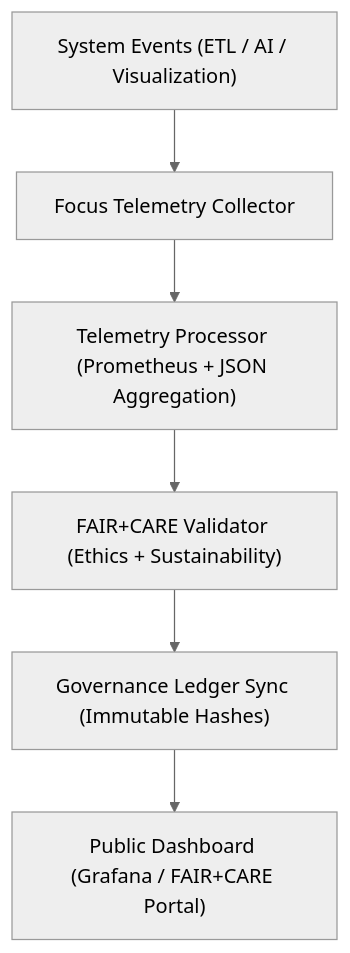
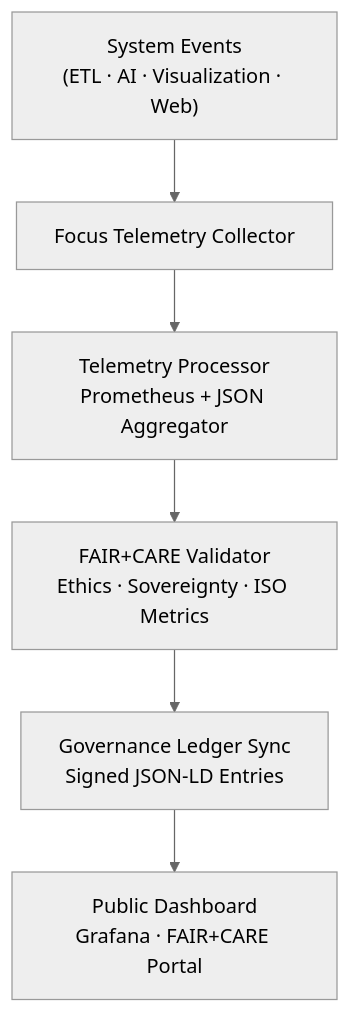
Before and after one commit to bartytime4life/Kansas-Frontier-Matrix: the first of 2 diagrams in docs/guides/telemetry/focus-telemetry-architecture.md, drawn with Mermaid (neutral theme). The commit also changed other lines of this file, not shown here.

First line of the commit message:
Update focus telemetry architecture document

````diff
--- a/docs/guides/telemetry/focus-telemetry-architecture.md
+++ b/docs/guides/telemetry/focus-telemetry-architecture.md
@@ -63,8 +77,8 @@
 ```mermaid
 flowchart TD
-A["System Events (ETL / AI / Visualization)"] --> B["Focus Telemetry Collector"]
-B --> C["Telemetry Processor (Prometheus + JSON Aggregation)"]
-C --> D["FAIR+CARE Validator (Ethics + Sustainability)"]
-D --> E["Governance Ledger Sync (Immutable Hashes)"]
-E --> F["Public Dashboard (Grafana / FAIR+CARE Portal)"]
+A["System Events<br/>(ETL · AI · Visualization · Web)"] --> B["Focus Telemetry Collector"]
+B --> C["Telemetry Processor<br/>Prometheus + JSON Aggregator"]
+C --> D["FAIR+CARE Validator<br/>Ethics · Sovereignty · ISO Metrics"]
+D --> E["Governance Ledger Sync<br/>Signed JSON-LD Entries"]
+E --> F["Public Dashboard<br/>Grafana · FAIR+CARE Portal"]
 ```
````
